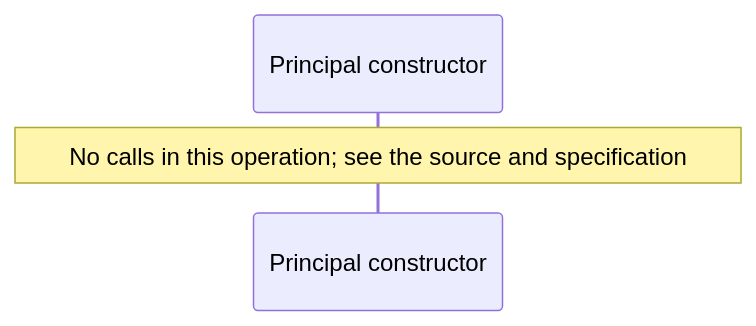
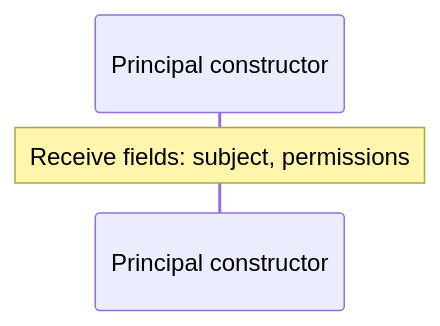
Before and after one commit to GreenPandaStudios/augscript: the third of 18 diagrams in docs/examples/oidc-login/dependencies/packages/@git/url_897efafd565158fc4908/0.0.0-git.a39fc582565d4fca40be4f75fa304d71adc69301/contracts-diagrams.md, drawn with Mermaid. The commit also changed other lines of this file and 289 other files, not shown here.

Commit message:
Correct diagram control flow and complete generated wiki navigation

````diff
--- a/docs/examples/oidc-login/dependencies/packages/@git/url_897efafd565158fc4908/0.0.0-git.a39fc582565d4fca40be4f75fa304d71adc69301/contracts-diagrams.md
+++ b/docs/examples/oidc-login/dependencies/packages/@git/url_897efafd565158fc4908/0.0.0-git.a39fc582565d4fca40be4f75fa304d71adc69301/contracts-diagrams.md
@@ -69,6 +69,6 @@
 ```mermaid
 sequenceDiagram
     participant p0 as Principal constructor
 
-    Note over p0: No calls in this operation#59; see the source and specification
+    Note over p0: Receive fields: subject, permissions
 ```
````
